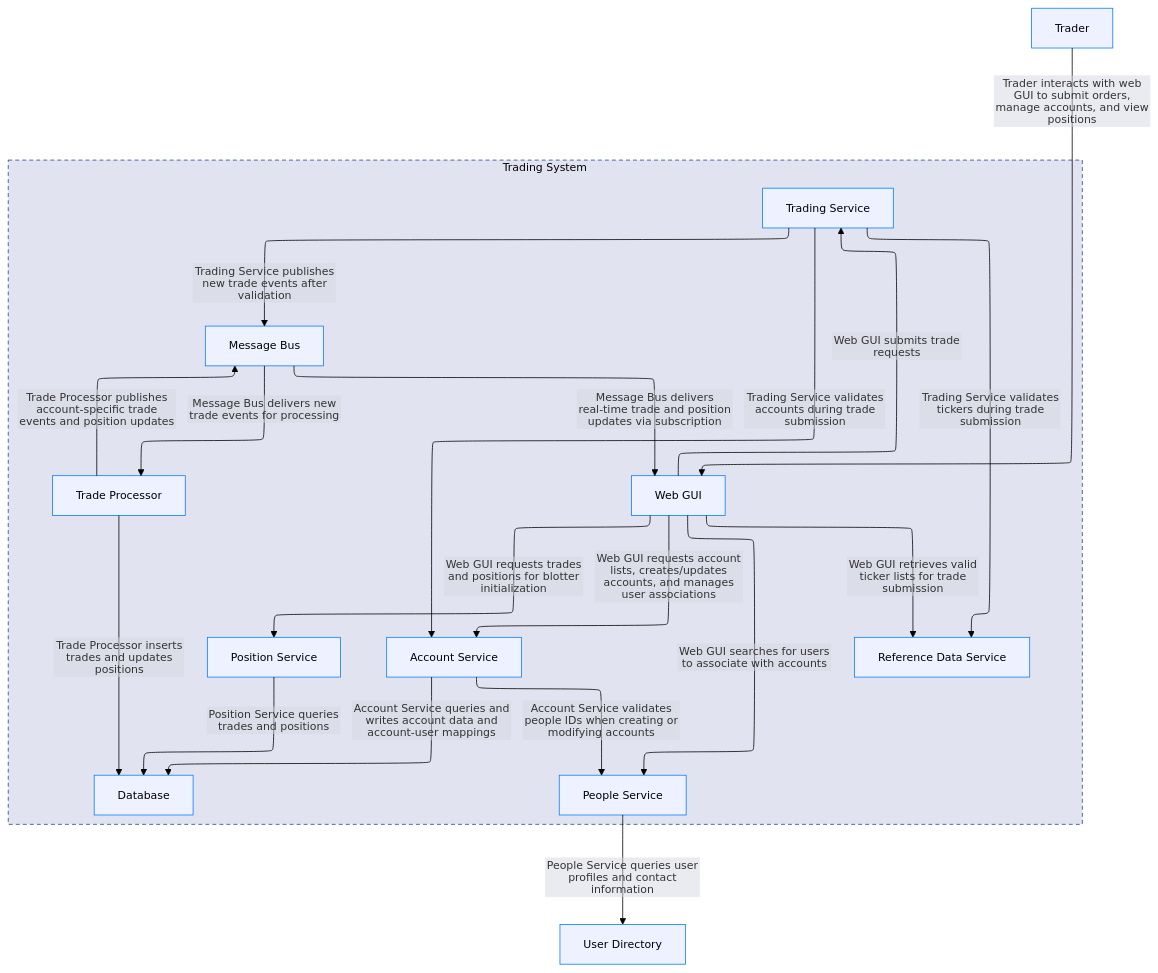
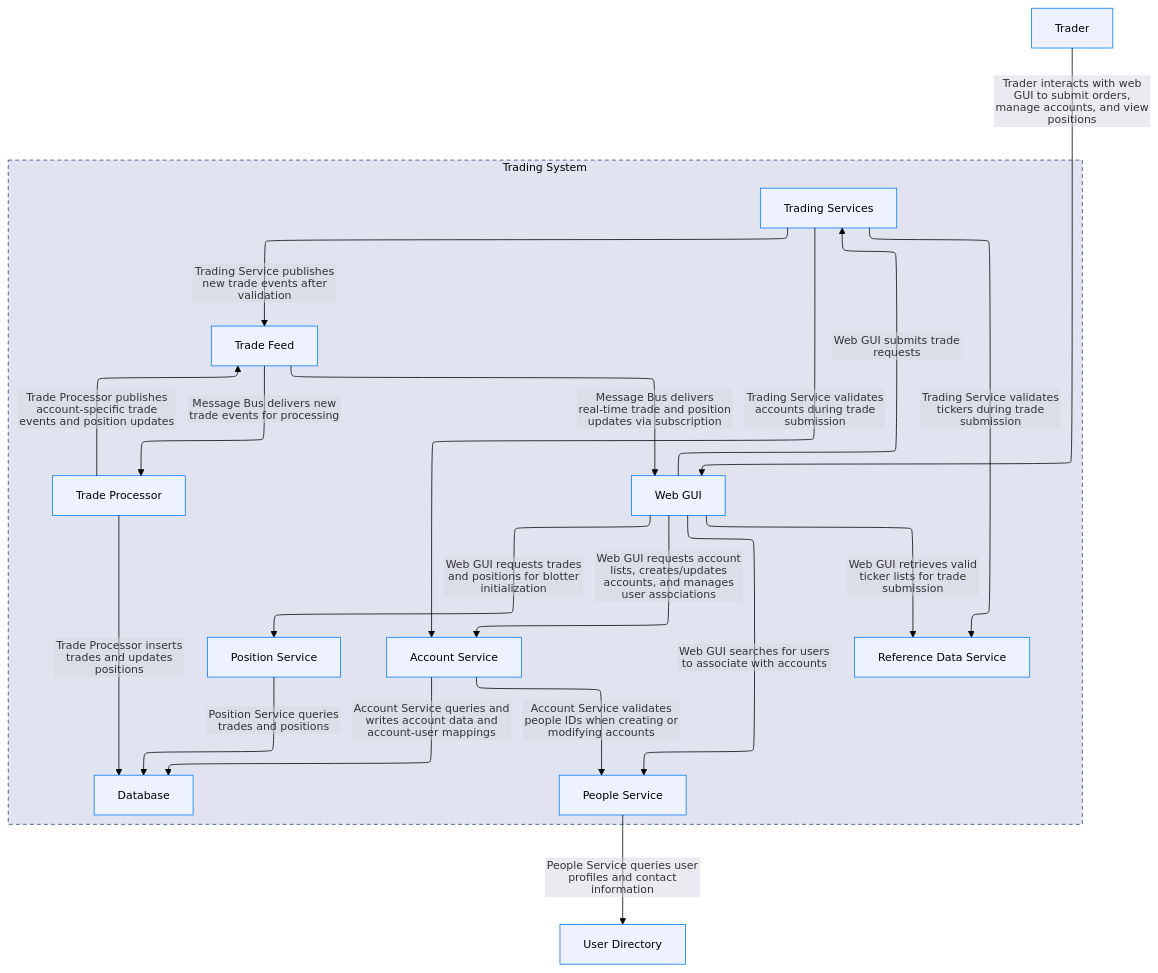
Before and after one commit to finos/traderX: the first of 5 diagrams in docs/calm/trading-system-overview.md, drawn with Mermaid. The commit also changed other lines of this file and 1 other file, not shown here.

Commit message:
Add architecture artifacts for calm architecture overview

````diff
--- a/docs/calm/trading-system-overview.md
+++ b/docs/calm/trading-system-overview.md
@@ -5,56 +5,56 @@
 ```mermaid
 ---
 config:
   theme: base
   themeVariables:
     fontFamily: -apple-system, BlinkMacSystemFont, 'Segoe WPC', 'Segoe UI', system-ui, 'Ubuntu', sans-serif
     darkMode: false
     fontSize: 14px
     edgeLabelBackground: '#d5d7e1'
     lineColor: '#000000'
 ---
 %%{init: {"layout": "elk", "flowchart": {"htmlLabels": false}}}%%
 flowchart TB
 classDef boundary fill:#e1e4f0,stroke:#204485,stroke-dasharray: 5 4,stroke-width:1px,color:#000000;
 classDef node fill:#eef1ff,stroke:#007dff,stroke-width:1px,color:#000000;
 classDef iface fill:#f0f0f0,stroke:#b6b6b6,stroke-width:1px,font-size:10px,color:#000000;
 classDef highlight fill:#fdf7ec,stroke:#f0c060,stroke-width:1px,color:#000000;
 
         subgraph trading-system["Trading System"]
         direction TB
             account-service["Account Service"]:::node
             database["Database"]:::node
-            messagebus["Message Bus"]:::node
             people-service["People Service"]:::node
             position-service["Position Service"]:::node
             reference-data-service["Reference Data Service"]:::node
+            messagebus["Trade Feed"]:::node
             trade-processor["Trade Processor"]:::node
-            trading-service["Trading Service"]:::node
+            trading-services["Trading Services"]:::node
             web-gui["Web GUI"]:::node
         end
         class trading-system boundary
 
     trader["Trader"]:::node
     user-directory["User Directory"]:::node
 
     trader -->|Trader interacts with web GUI to submit orders, manage accounts, and view positions| web-gui
     web-gui -->|Web GUI requests account lists, creates/updates accounts, and manages user associations| account-service
     web-gui -->|Web GUI requests trades and positions for blotter initialization| position-service
     web-gui -->|Web GUI retrieves valid ticker lists for trade submission| reference-data-service
-    web-gui -->|Web GUI submits trade requests| trading-service
+    web-gui -->|Web GUI submits trade requests| trading-services
     web-gui -->|Web GUI searches for users to associate with accounts| people-service
-    trading-service -->|Trading Service validates tickers during trade submission| reference-data-service
-    trading-service -->|Trading Service validates accounts during trade submission| account-service
+    trading-services -->|Trading Service validates tickers during trade submission| reference-data-service
+    trading-services -->|Trading Service validates accounts during trade submission| account-service
     people-service -->|People Service queries user profiles and contact information| user-directory
     account-service -->|Account Service queries and writes account data and account-user mappings| database
     account-service -->|Account Service validates people IDs when creating or modifying accounts| people-service
     position-service -->|Position Service queries trades and positions| database
     trade-processor -->|Trade Processor inserts trades and updates positions| database
-    trading-service -->|Trading Service publishes new trade events after validation| messagebus
+    trading-services -->|Trading Service publishes new trade events after validation| messagebus
     messagebus -->|Message Bus delivers new trade events for processing| trade-processor
     trade-processor -->|Trade Processor publishes account-specific trade events and position updates| messagebus
     messagebus -->|Message Bus delivers real-time trade and position updates via subscription| web-gui
 
 
 
 ```
````
